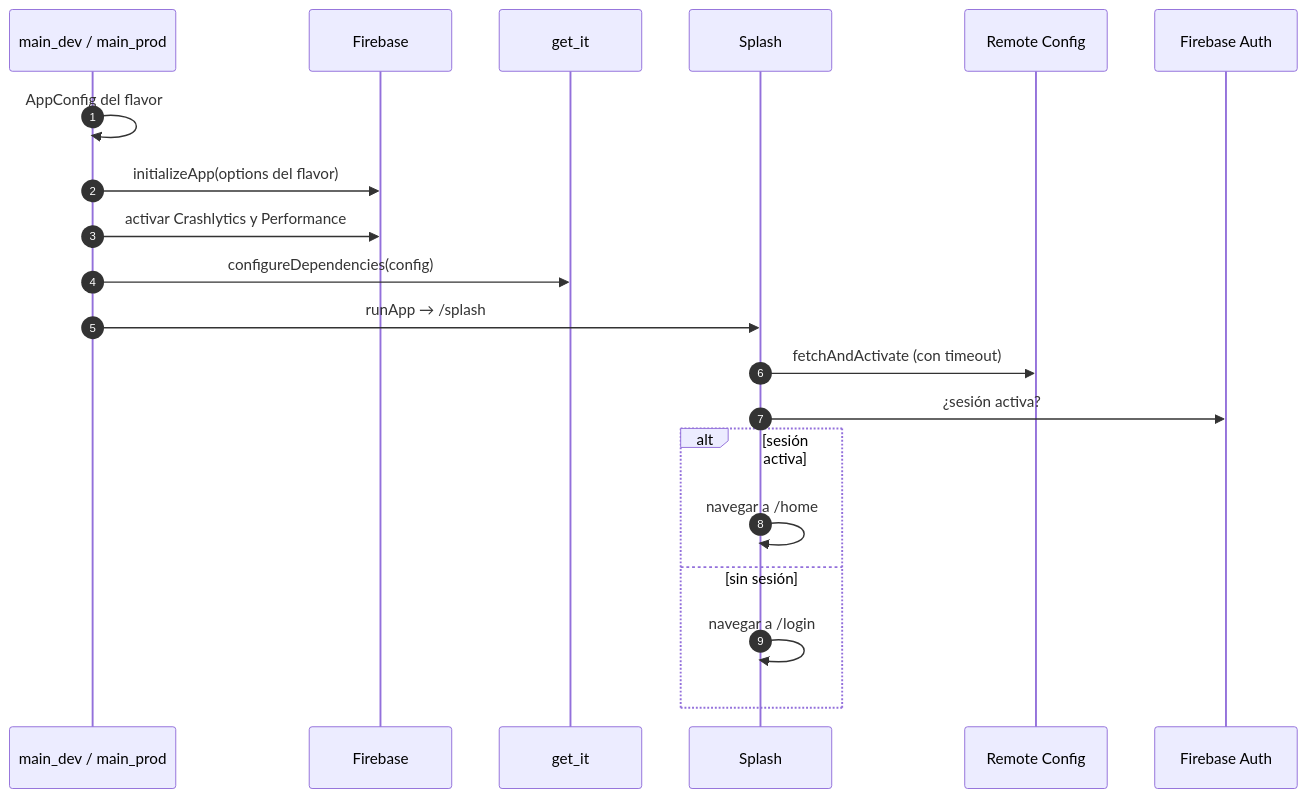
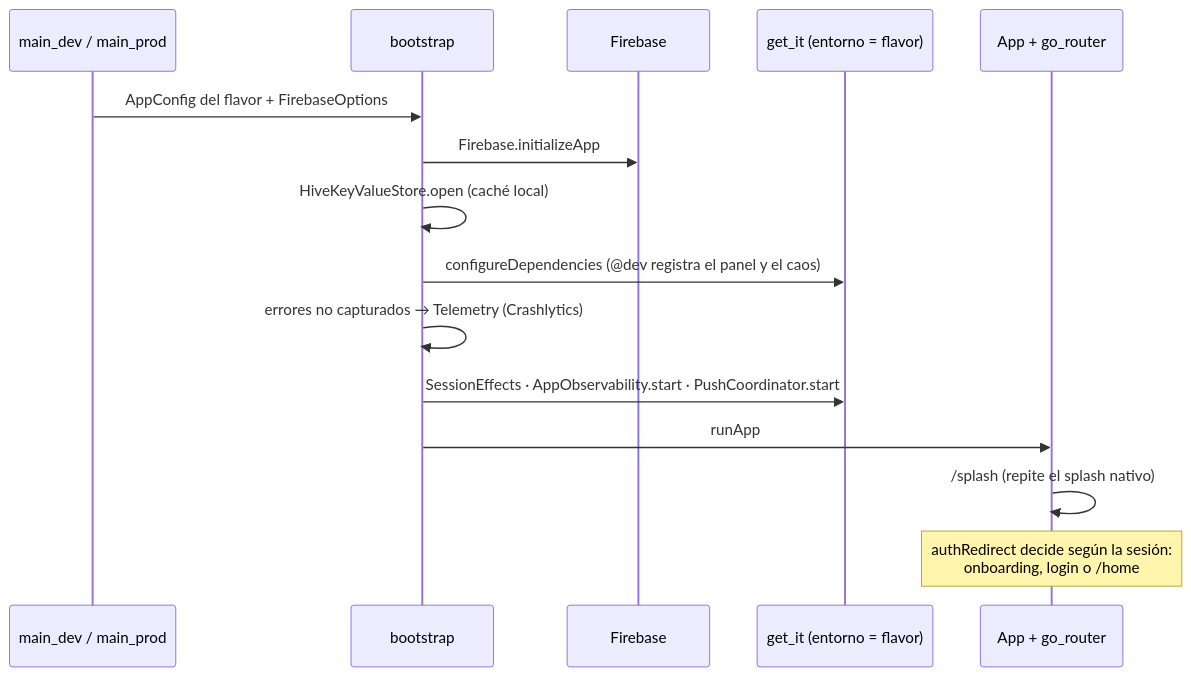
The first of 6 diagrams in docs/architecture/flows.md (Denniss2C/bi-digital-banking), drawn with Mermaid before and after one commit. The commit also changed other lines of this file and 3 other files, not shown here.

First line of the commit message:
docs(architecture): document what is implemented

````diff
--- a/docs/architecture/flows.md
+++ b/docs/architecture/flows.md
@@ -7,23 +14,18 @@
 ```mermaid
 sequenceDiagram
-    autonumber
-    participant M as main_dev / main_prod
+    participant Main as main_dev / main_prod
+    participant Boot as bootstrap
     participant FB as Firebase
-    participant DI as get_it
-    participant S as Splash
-    participant RC as Remote Config
-    participant A as Firebase Auth
+    participant DI as get_it (entorno = flavor)
+    participant App as App + go_router
 
-    M->>M: AppConfig del flavor
-    M->>FB: initializeApp(options del flavor)
-    M->>FB: activar Crashlytics y Performance
-    M->>DI: configureDependencies(config)
-    M->>S: runApp → /splash
-    S->>RC: fetchAndActivate (con timeout)
-    S->>A: ¿sesión activa?
-    alt sesión activa
-        S->>S: navegar a /home
-    else sin sesión
-        S->>S: navegar a /login
-    end
+    Main->>Boot: AppConfig del flavor + FirebaseOptions
+    Boot->>FB: Firebase.initializeApp
+    Boot->>Boot: HiveKeyValueStore.open (caché local)
+    Boot->>DI: configureDependencies (@dev registra el panel y el caos)
+    Boot->>Boot: errores no capturados → Telemetry (Crashlytics)
+    Boot->>DI: SessionEffects · AppObservability.start · PushCoordinator.start
+    Boot->>App: runApp
+    App->>App: /splash (repite el splash nativo)
+    Note over App: authRedirect decide según la sesión:<br/>onboarding, login o /home
 ```
````
